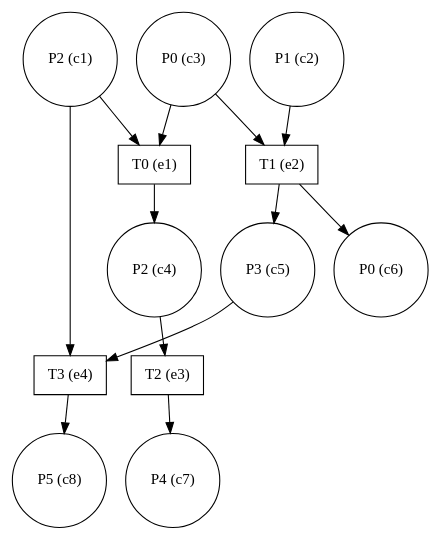
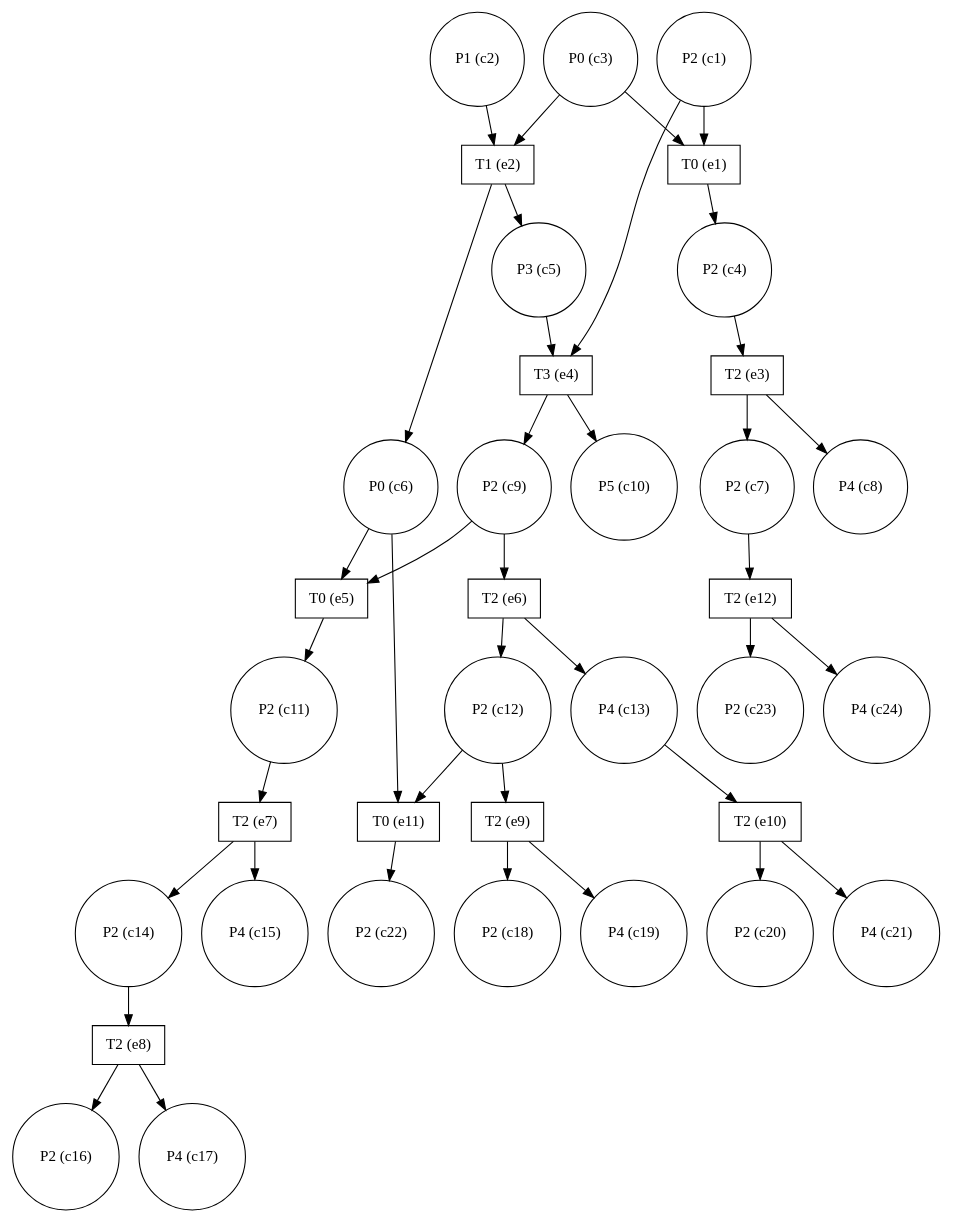
One commit to giannkas/ecofolder changed the diagram in small_eg.dot. Above: the diagram before and after it, drawn with Graphviz. The commit also changed 16 other files, not shown here.

```diff
--- a/small_eg.dot
+++ b/small_eg.dot
@@ -1,26 +1,76 @@
 digraph test {
   c1 -> e4;
   c1 -> e1;
   c2 -> e2;
   c3 -> e2;
   c3 -> e1;
   e1 -> c4;
   c4 -> e3;
   e2 -> c5;
   c5 -> e4;
   e2 -> c6;
+  c6 -> e11;
+  c6 -> e5;
   e3 -> c7;
-  e4 -> c8;
+  c7 -> e12;
+  e3 -> c8;
+  e4 -> c9;
+  c9 -> e6;
+  c9 -> e5;
+  e4 -> c10;
+  e5 -> c11;
+  c11 -> e7;
+  e6 -> c12;
+  c12 -> e9;
+  c12 -> e11;
+  e6 -> c13;
+  c13 -> e10;
+  e7 -> c14;
+  c14 -> e8;
+  e7 -> c15;
+  e8 -> c16;
+  e8 -> c17;
+  e9 -> c18;
+  e9 -> c19;
+  e10 -> c20;
+  e10 -> c21;
+  e11 -> c22;
+  e12 -> c23;
+  e12 -> c24;
   c1 [label="P2 (c1)" shape=circle];
   c2 [label="P1 (c2)" shape=circle];
   c3 [label="P0 (c3)" shape=circle];
   c4 [label="P2 (c4)" shape=circle];
   c5 [label="P3 (c5)" shape=circle];
   c6 [label="P0 (c6)" shape=circle];
-  c7 [label="P4 (c7)" shape=circle];
-  c8 [label="P5 (c8)" shape=circle];
+  c7 [label="P2 (c7)" shape=circle];
+  c8 [label="P4 (c8)" shape=circle];
+  c9 [label="P2 (c9)" shape=circle];
+  c10 [label="P5 (c10)" shape=circle];
+  c11 [label="P2 (c11)" shape=circle];
+  c12 [label="P2 (c12)" shape=circle];
+  c13 [label="P4 (c13)" shape=circle];
+  c14 [label="P2 (c14)" shape=circle];
+  c15 [label="P4 (c15)" shape=circle];
+  c16 [label="P2 (c16)" shape=circle];
+  c17 [label="P4 (c17)" shape=circle];
+  c18 [label="P2 (c18)" shape=circle];
+  c19 [label="P4 (c19)" shape=circle];
+  c20 [label="P2 (c20)" shape=circle];
+  c21 [label="P4 (c21)" shape=circle];
+  c22 [label="P2 (c22)" shape=circle];
+  c23 [label="P2 (c23)" shape=circle];
+  c24 [label="P4 (c24)" shape=circle];
   e1 [label="T0 (e1)" shape=box];
   e2 [label="T1 (e2)" shape=box];
   e3 [label="T2 (e3)" shape=box];
   e4 [label="T3 (e4)" shape=box];
+  e5 [label="T0 (e5)" shape=box];
+  e6 [label="T2 (e6)" shape=box];
+  e7 [label="T2 (e7)" shape=box];
+  e8 [label="T2 (e8)" shape=box];
+  e9 [label="T2 (e9)" shape=box];
+  e10 [label="T2 (e10)" shape=box];
+  e11 [label="T0 (e11)" shape=box];
+  e12 [label="T2 (e12)" shape=box];
 }
```
